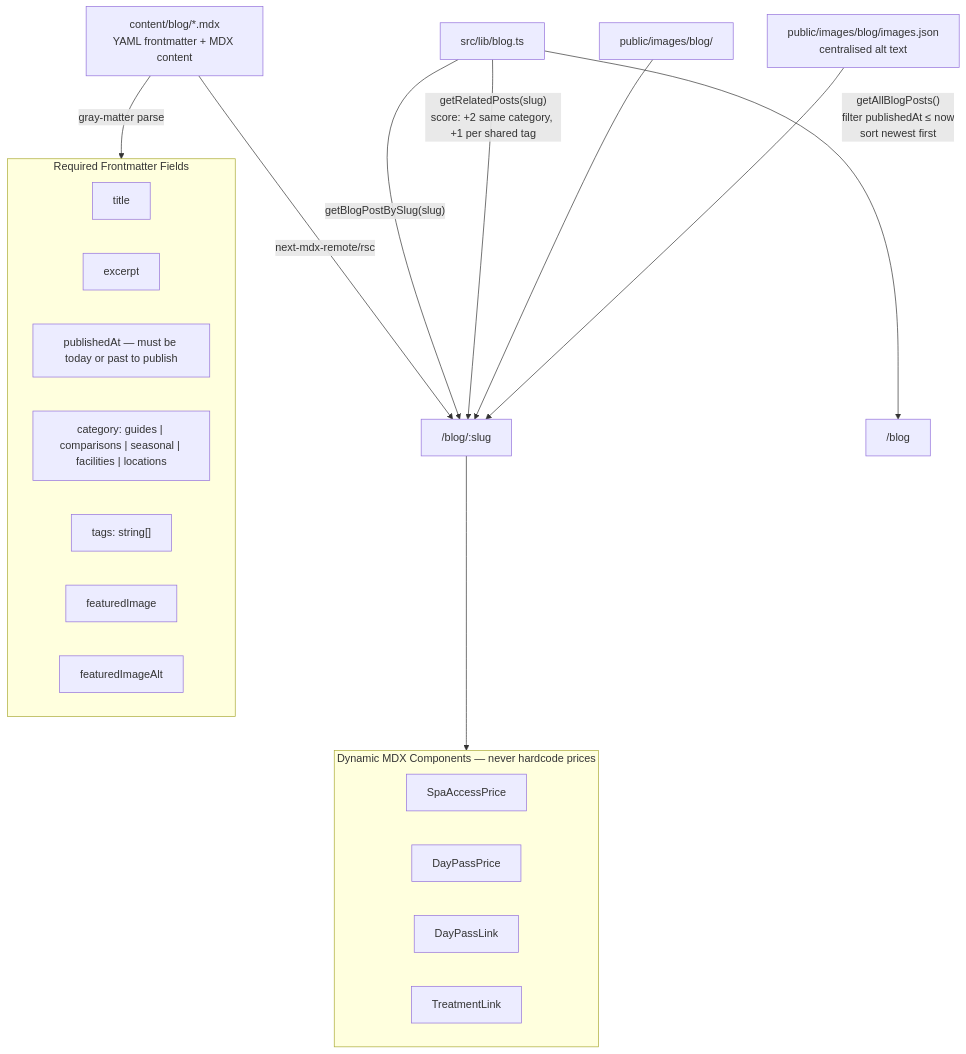
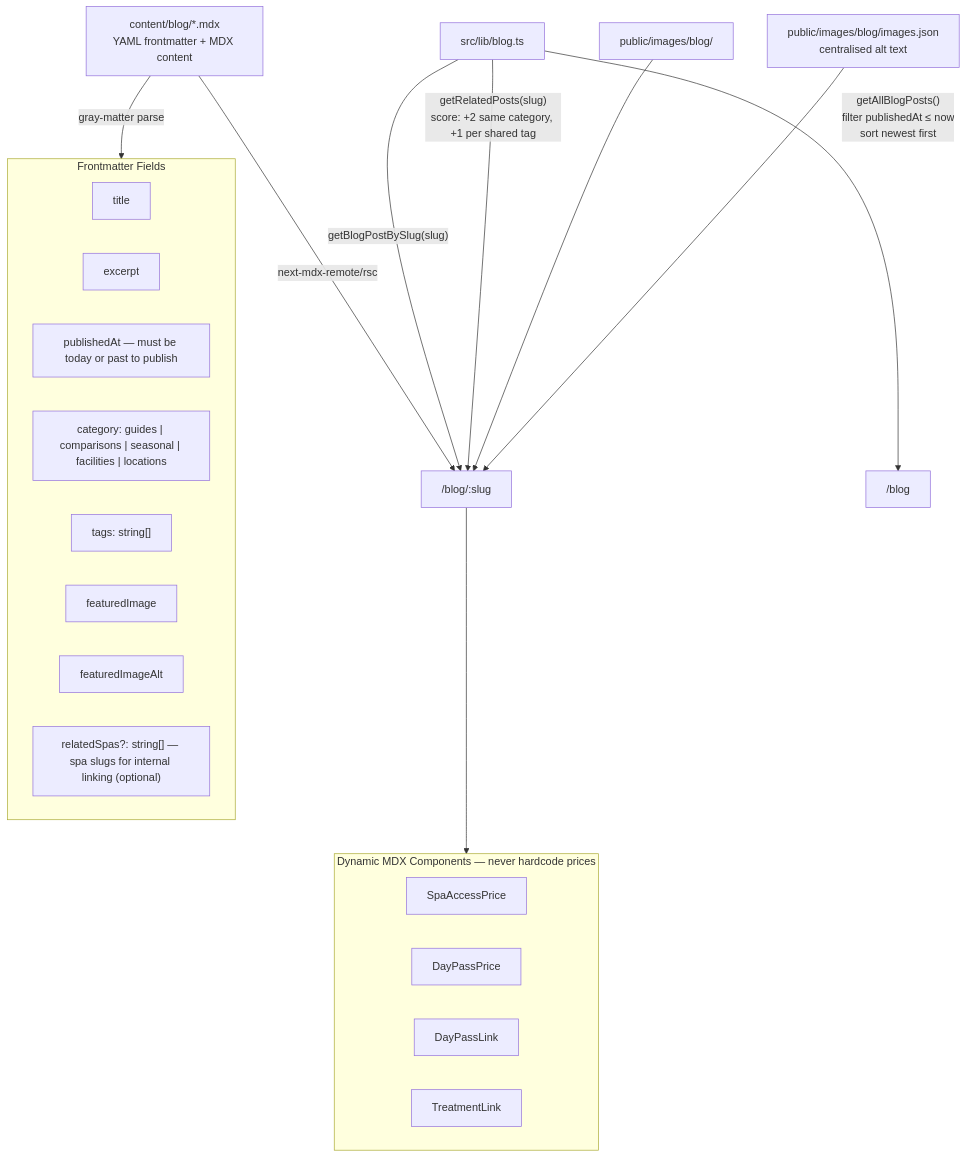
One commit to MattyGlen123/lake-district-spas changed the diagram in .claude/diagrams/05-blog-system.md. Above: the diagram before and after it, drawn with Mermaid.

Commit message:
Update blog system diagram to clarify frontmatter fields</message>
<message>This commit modifies the blog system diagram in `05-blog-system.md` by renaming the subgraph from "Required Frontmatter Fields" to "Frontmatter Fields" for improved clarity. Additionally, it adds a new optional field, `relatedSpas`, to the frontmatter section, which specifies spa slugs for internal linking. These changes enhance the documentation by providing clearer guidance on the required and optional metadata for blog posts.

````diff
--- a/.claude/diagrams/05-blog-system.md
+++ b/.claude/diagrams/05-blog-system.md
@@ -3,36 +3,37 @@
 ```mermaid
 flowchart TD
     mdxFiles["content/blog/*.mdx\nYAML frontmatter + MDX content"]
 
-    subgraph Frontmatter["Required Frontmatter Fields"]
+    subgraph Frontmatter["Frontmatter Fields"]
         title
         excerpt
         publishedAt["publishedAt — must be today or past to publish"]
         category["category: guides | comparisons | seasonal | facilities | locations"]
         tags["tags: string[]"]
         featuredImage
         featuredImageAlt
+        relatedSpas["relatedSpas?: string[] — spa slugs for internal linking (optional)"]
     end
 
     mdxFiles --> |"gray-matter parse"| Frontmatter
     mdxFiles --> |"next-mdx-remote/rsc"| BlogPostPage
 
     blogLib["src/lib/blog.ts"]
     blogLib --> |"getAllBlogPosts()\nfilter publishedAt ≤ now\nsort newest first"| BlogListPage["/blog"]
     blogLib --> |"getBlogPostBySlug(slug)"| BlogPostPage["/blog/:slug"]
     blogLib --> |"getRelatedPosts(slug)\nscore: +2 same category, +1 per shared tag"| BlogPostPage
 
     subgraph MDXComponents["Dynamic MDX Components — never hardcode prices"]
         SpaAccessPrice
         DayPassPrice
         DayPassLink
         TreatmentLink
     end
 
     BlogPostPage --> MDXComponents
 
     images["public/images/blog/"]
     imagesJson["public/images/blog/images.json\ncentralised alt text"]
     images --> BlogPostPage
     imagesJson --> BlogPostPage
 ```
````
